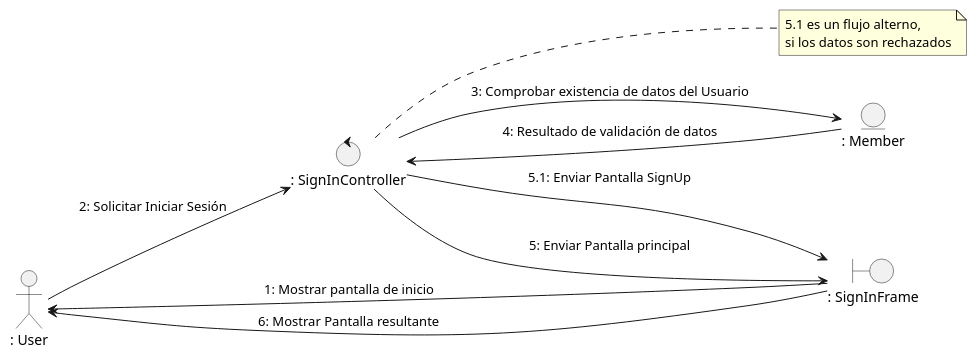
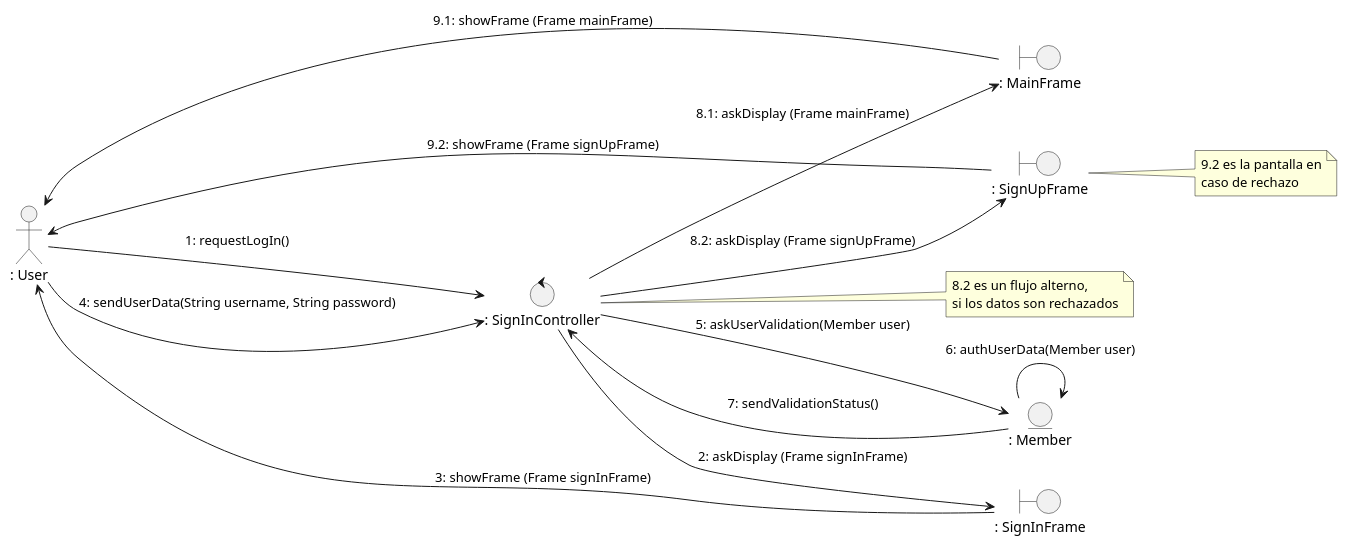
Before and after one commit to Danfloca02/ProyectoFacUpdate: the diagram in docs/logicalView/analysisView/usecaseAnalysis/collaborationDiagram/PlantUML/uc2_login.plantuml, drawn with PlantUML. The commit also changed 7 other files, not shown here.

Commit message:
New changes to collaboration diagrams

```diff
--- a/docs/logicalView/analysisView/usecaseAnalysis/collaborationDiagram/PlantUML/uc2_login.plantuml
+++ b/docs/logicalView/analysisView/usecaseAnalysis/collaborationDiagram/PlantUML/uc2_login.plantuml
@@ -1,23 +1,35 @@
 @startuml uc2_login
 
 left to right direction
 
 actor ": User" as user
-boundary ": SignInFrame" as vis
 entity ": Member" as mod
 control ": SignInController" as con
+boundary ": SignInFrame" as vis
+boundary ": MainFrame" as main
+boundary ": SignUpFrame" as sup
 
 note right of con
-    5.1 es un flujo alterno, 
+    8.2 es un flujo alterno, 
     si los datos son rechazados
 end note
 
-vis --> user : 1: Mostrar pantalla de inicio
-user --> con : 2: Solicitar Iniciar Sesión
-con --> mod : 3: Comprobar existencia de datos del Usuario 
-mod --> con : 4: Resultado de validación de datos 
-con --> vis : 5: Enviar Pantalla principal
-con --> vis : 5.1: Enviar Pantalla SignUp
-vis --> user : 6: Mostrar Pantalla resultante
+note right of sup 
+    9.2 es la pantalla en
+    caso de rechazo
+end note
+
+
+user --> con : 1: requestLogIn()
+con --> vis : 2: askDisplay (Frame signInFrame)
+vis --> user : 3: showFrame (Frame signInFrame)
+user --> con : 4: sendUserData(String username, String password)
+con --> mod : 5: askUserValidation(Member user)
+mod --> mod : 6: authUserData(Member user) 
+mod --> con : 7: sendValidationStatus() 
+con --> main : 8.1: askDisplay (Frame mainFrame)
+con --> sup : 8.2: askDisplay (Frame signUpFrame)
+main --> user : 9.1: showFrame (Frame mainFrame)
+sup --> user : 9.2: showFrame (Frame signUpFrame)
 
 @enduml
```
